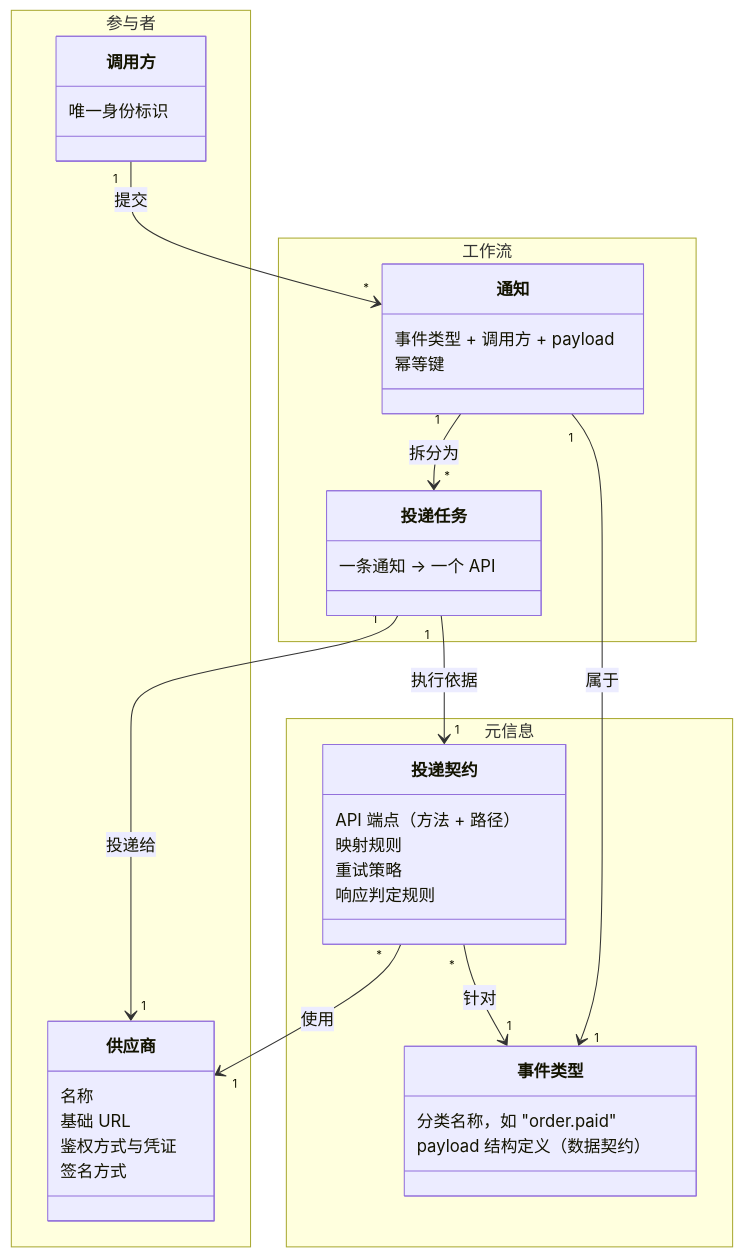
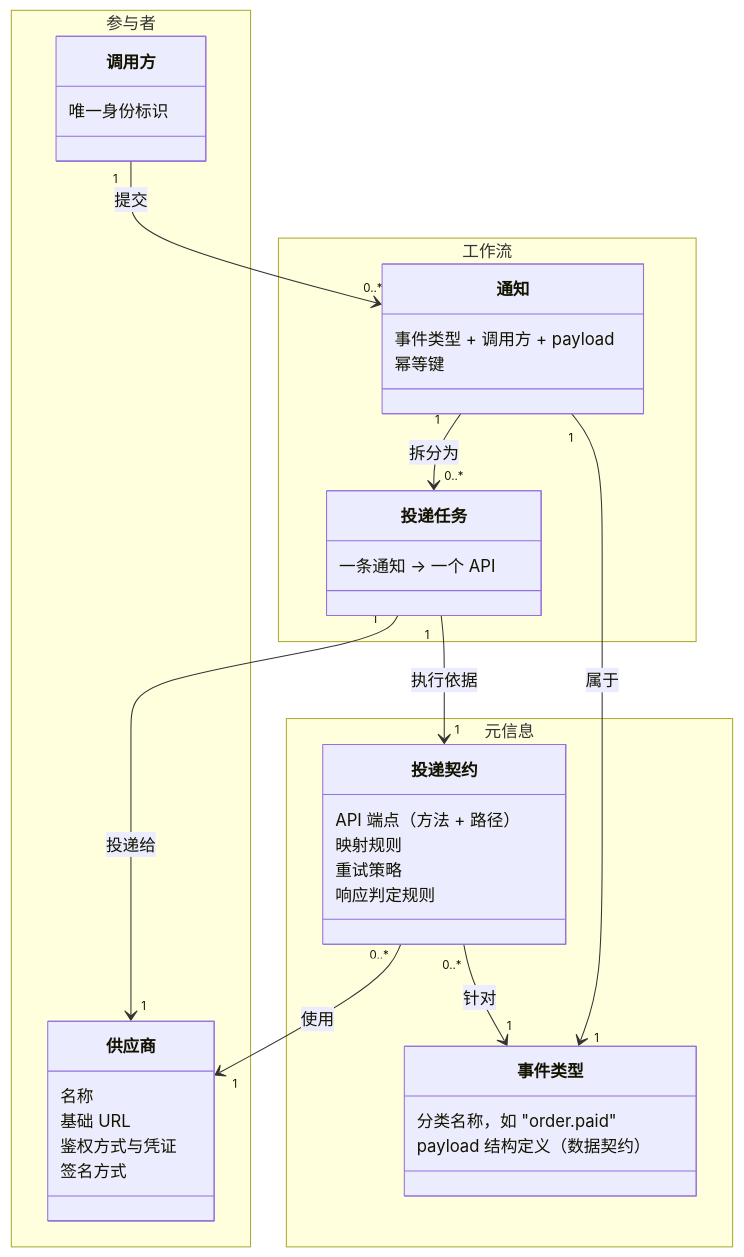
Before and after one commit to xnslong/rc_xnslong: the eighth of 8 diagrams in doc/requirements/202605-notification.md, drawn with Mermaid.

Commit message:
docs: fix cardinality in domain model — use explicit 0..* for optional relations

````diff
--- a/doc/requirements/202605-notification.md
+++ b/doc/requirements/202605-notification.md
@@ -513,43 +513,43 @@
 ```mermaid
 classDiagram
     namespace 参与者 {
         class 调用方 {
             唯一身份标识
         }
         class 供应商 {
             名称
             基础 URL
             鉴权方式与凭证
             签名方式
         }
     }
     namespace 元信息 {
         class 事件类型 {
             分类名称，如 "order.paid"
             payload 结构定义（数据契约）
         }
         class 投递契约 {
             API 端点（方法 + 路径）
             映射规则
             重试策略
             响应判定规则
         }
     }
     namespace 工作流 {
         class 通知 {
             事件类型 + 调用方 + payload
             幂等键
         }
         class 投递任务 {
             一条通知 → 一个 API
         }
     }
 
-    调用方 "1" --> "*" 通知 : 提交
+    调用方 "1" --> "0..*" 通知 : 提交
     通知 "1" --> "1" 事件类型 : 属于
-    通知 "1" --> "*" 投递任务 : 拆分为
+    通知 "1" --> "0..*" 投递任务 : 拆分为
     投递任务 "1" --> "1" 供应商 : 投递给
     投递任务 "1" --> "1" 投递契约 : 执行依据
-    投递契约 "*" --> "1" 事件类型 : 针对
-    投递契约 "*" --> "1" 供应商 : 使用
+    投递契约 "0..*" --> "1" 事件类型 : 针对
+    投递契约 "0..*" --> "1" 供应商 : 使用
 ```
````
